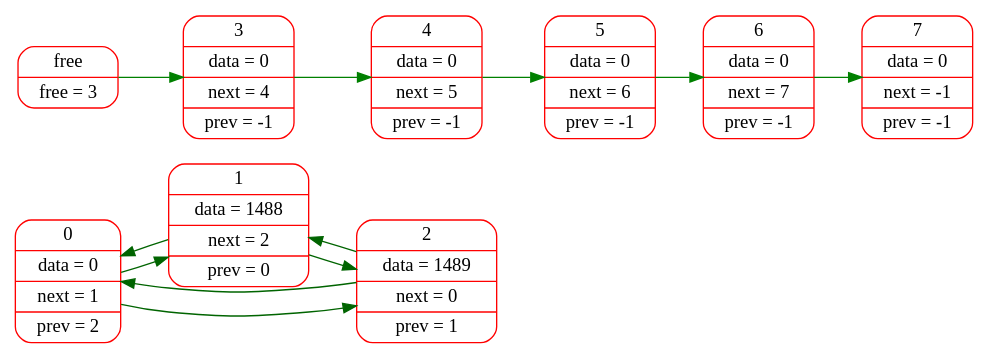
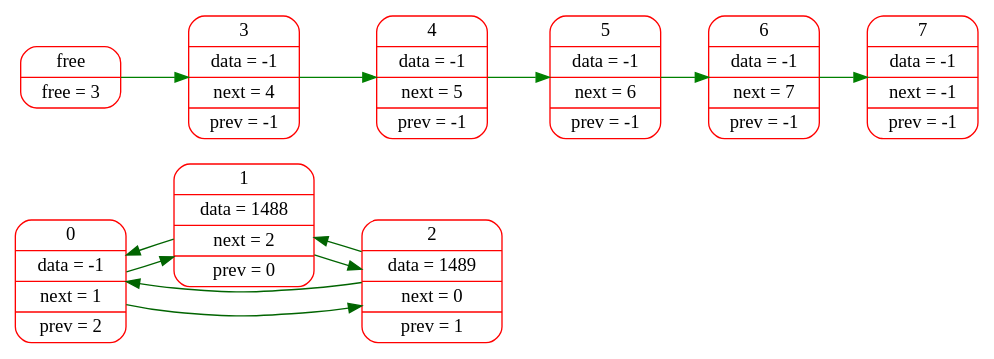
Before and after one commit to sevaphasol/list: the diagram in logs/dot_files/002.dot, drawn with Graphviz. The commit also changed 23 other files, not shown here.

```diff
--- a/logs/dot_files/002.dot
+++ b/logs/dot_files/002.dot
@@ -1,19 +1,19 @@
 digraph G{
 rankdir=LR;
 node[color="red",fontsize=14];
-elem0[shape="Mrecord", label="0 | data = 0 | next = 1 | prev = 2"];
+elem0[shape="Mrecord", label="0 | data = -1 | next = 1 | prev = 2"];
 elem1[shape="Mrecord", label="1 | data = 1488 | next = 2 | prev = 0"];
 elem2[shape="Mrecord", label="2 | data = 1489 | next = 0 | prev = 1"];
 edge[color="darkgreen",fontsize=12, penwidth=1];
 elem0->elem1->elem2->elem0;
 edge[color="darkgreen",fontsize=12, penwidth=1];
 elem0->elem2->elem1->elem0;
 free[shape="Mrecord", label="free | free = 3"];
-free_elem3[shape="Mrecord", label="3 | data = 0 | next = 4 | prev = -1"];
-free_elem4[shape="Mrecord", label="4 | data = 0 | next = 5 | prev = -1"];
-free_elem5[shape="Mrecord", label="5 | data = 0 | next = 6 | prev = -1"];
-free_elem6[shape="Mrecord", label="6 | data = 0 | next = 7 | prev = -1"];
-free_elem7[shape="Mrecord", label="7 | data = 0 | next = -1 | prev = -1"];
+free_elem3[shape="Mrecord", label="3 | data = -1 | next = 4 | prev = -1"];
+free_elem4[shape="Mrecord", label="4 | data = -1 | next = 5 | prev = -1"];
+free_elem5[shape="Mrecord", label="5 | data = -1 | next = 6 | prev = -1"];
+free_elem6[shape="Mrecord", label="6 | data = -1 | next = 7 | prev = -1"];
+free_elem7[shape="Mrecord", label="7 | data = -1 | next = -1 | prev = -1"];
 edge[color="green",fontsize=12, penwidth=1];
 free->free_elem3->free_elem4->free_elem5->free_elem6->free_elem7;
 }
```
